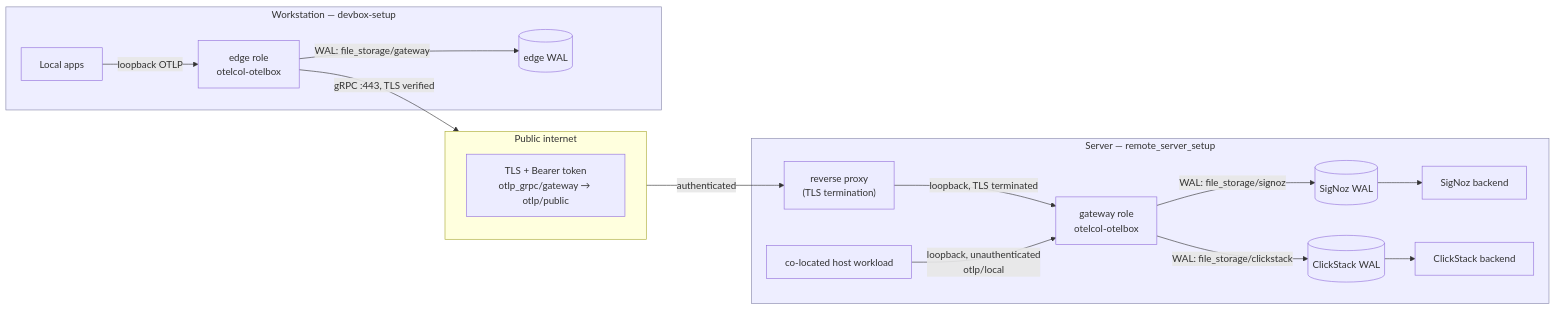
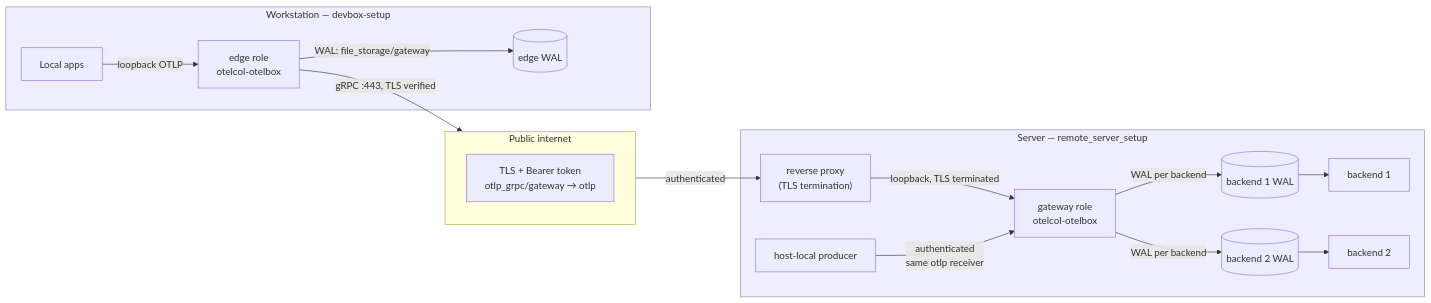
The diagram in docs/adoption.md (abrosimov/otelcol-otelbox), drawn with Mermaid before and after one commit. The commit also changed other lines of this file and 23 other files, not shown here.

````diff
--- a/docs/adoption.md
+++ b/docs/adoption.md
@@ -24,29 +68,29 @@
 ```mermaid
 flowchart LR
     subgraph WS["Workstation — devbox-setup"]
         App["Local apps"] -->|loopback OTLP| Edge["edge role<br/>otelcol-otelbox"]
         Edge -->|"WAL: file_storage/gateway"| EdgeQ[(edge WAL)]
     end
 
     subgraph Net["Public internet"]
         direction TB
-        TLS["TLS + Bearer token<br/>otlp_grpc/gateway → otlp/public"]
+        TLS["TLS + Bearer token<br/>otlp_grpc/gateway → otlp"]
     end
 
     subgraph SRV["Server — remote_server_setup"]
         Proxy["reverse proxy<br/>(TLS termination)"]
         Gateway["gateway role<br/>otelcol-otelbox"]
         Proxy -->|loopback, TLS terminated| Gateway
-        Gateway -->|"WAL: file_storage/signoz"| SQ[(SigNoz WAL)]
-        Gateway -->|"WAL: file_storage/clickstack"| CQ[(ClickStack WAL)]
-        SQ --> SigNoz["SigNoz backend"]
-        CQ --> ClickStack["ClickStack backend"]
-        Local["co-located host workload"] -->|"loopback, unauthenticated<br/>otlp/local"| Gateway
+        Gateway -->|"WAL per backend"| SQ[(backend 1 WAL)]
+        Gateway -->|"WAL per backend"| CQ[(backend 2 WAL)]
+        SQ --> B1["backend 1"]
+        CQ --> B2["backend 2"]
+        Local["host-local producer"] -->|"authenticated<br/>same otlp receiver"| Gateway
     end
 
     Edge -->|"gRPC :443, TLS verified"| TLS
     TLS -->|"authenticated"| Proxy
 
     classDef repo fill:#eef,stroke:#88a
     class WS,SRV repo
 ```
````
